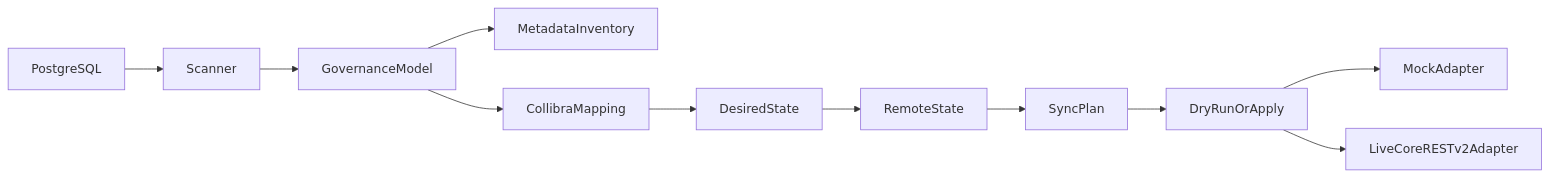
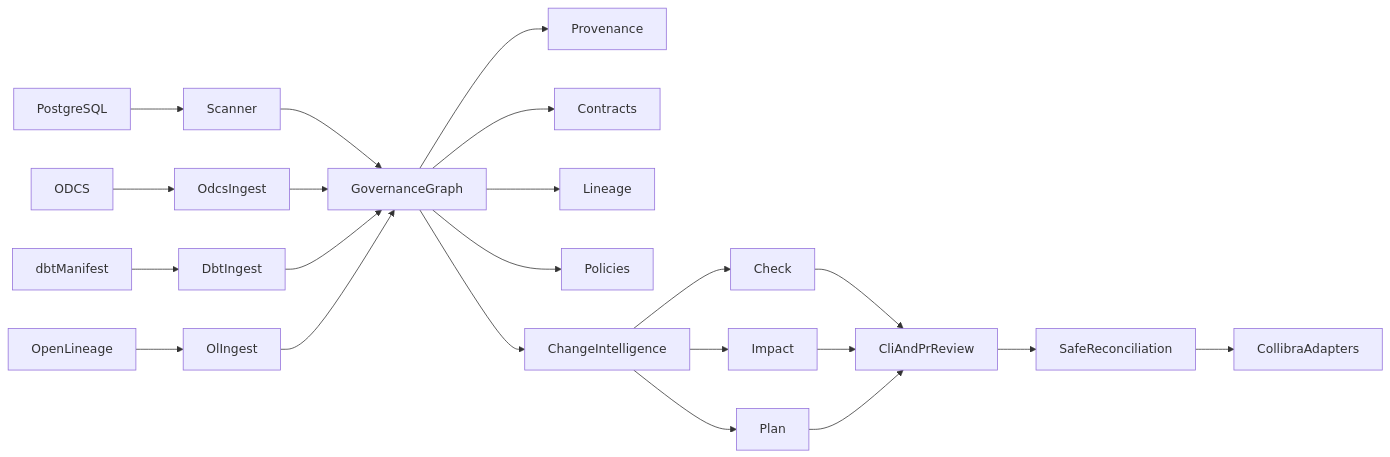
Before and after one commit to adrianmartnez/collibra-governance-automation: the diagram in README.md, drawn with Mermaid. The commit also changed other lines of this file and 9 other files, not shown here.

````diff
--- a/README.md
+++ b/README.md
@@ -34,13 +44,24 @@
 ```mermaid
 flowchart LR
   PostgreSQL --> Scanner
-  Scanner --> GovernanceModel
-  GovernanceModel --> MetadataInventory
-  GovernanceModel --> CollibraMapping
-  CollibraMapping --> DesiredState
-  DesiredState --> RemoteState
-  RemoteState --> SyncPlan
-  SyncPlan --> DryRunOrApply
-  DryRunOrApply --> MockAdapter
-  DryRunOrApply --> LiveCoreRESTv2Adapter
+  ODCS --> OdcsIngest
+  dbtManifest --> DbtIngest
+  OpenLineage --> OlIngest
+  Scanner --> GovernanceGraph
+  OdcsIngest --> GovernanceGraph
+  DbtIngest --> GovernanceGraph
+  OlIngest --> GovernanceGraph
+  GovernanceGraph --> Provenance
+  GovernanceGraph --> Contracts
+  GovernanceGraph --> Lineage
+  GovernanceGraph --> Policies
+  GovernanceGraph --> ChangeIntelligence
+  ChangeIntelligence --> Check
+  ChangeIntelligence --> Impact
+  ChangeIntelligence --> Plan
+  Check --> CliAndPrReview
+  Impact --> CliAndPrReview
+  Plan --> CliAndPrReview
+  CliAndPrReview --> SafeReconciliation
+  SafeReconciliation --> CollibraAdapters
 ```
````
